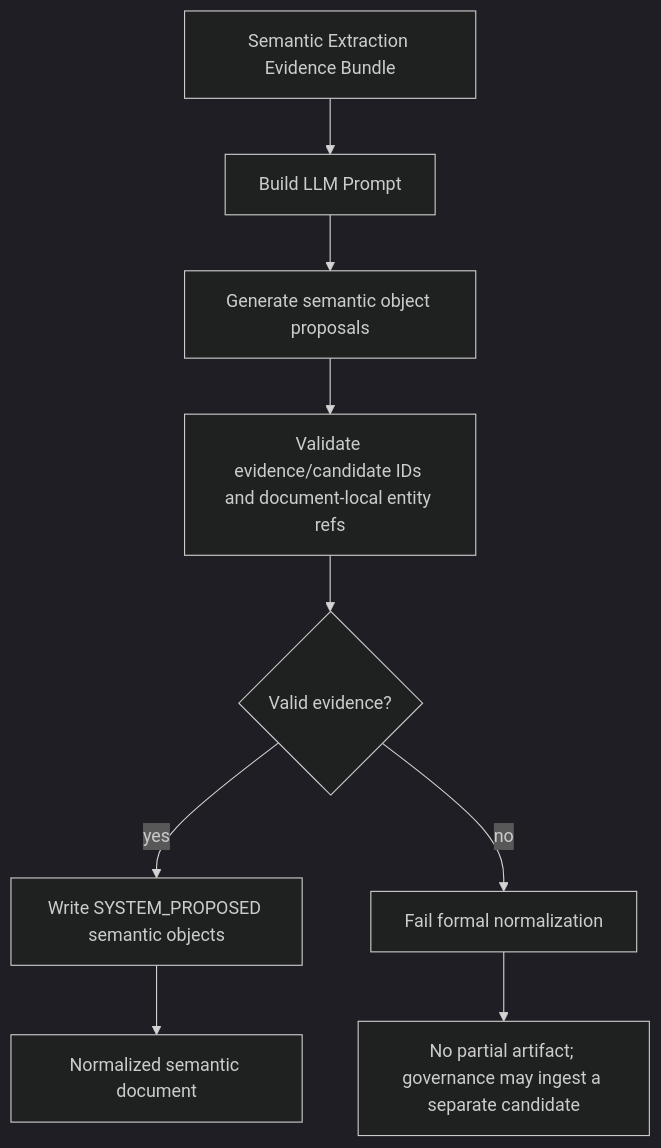
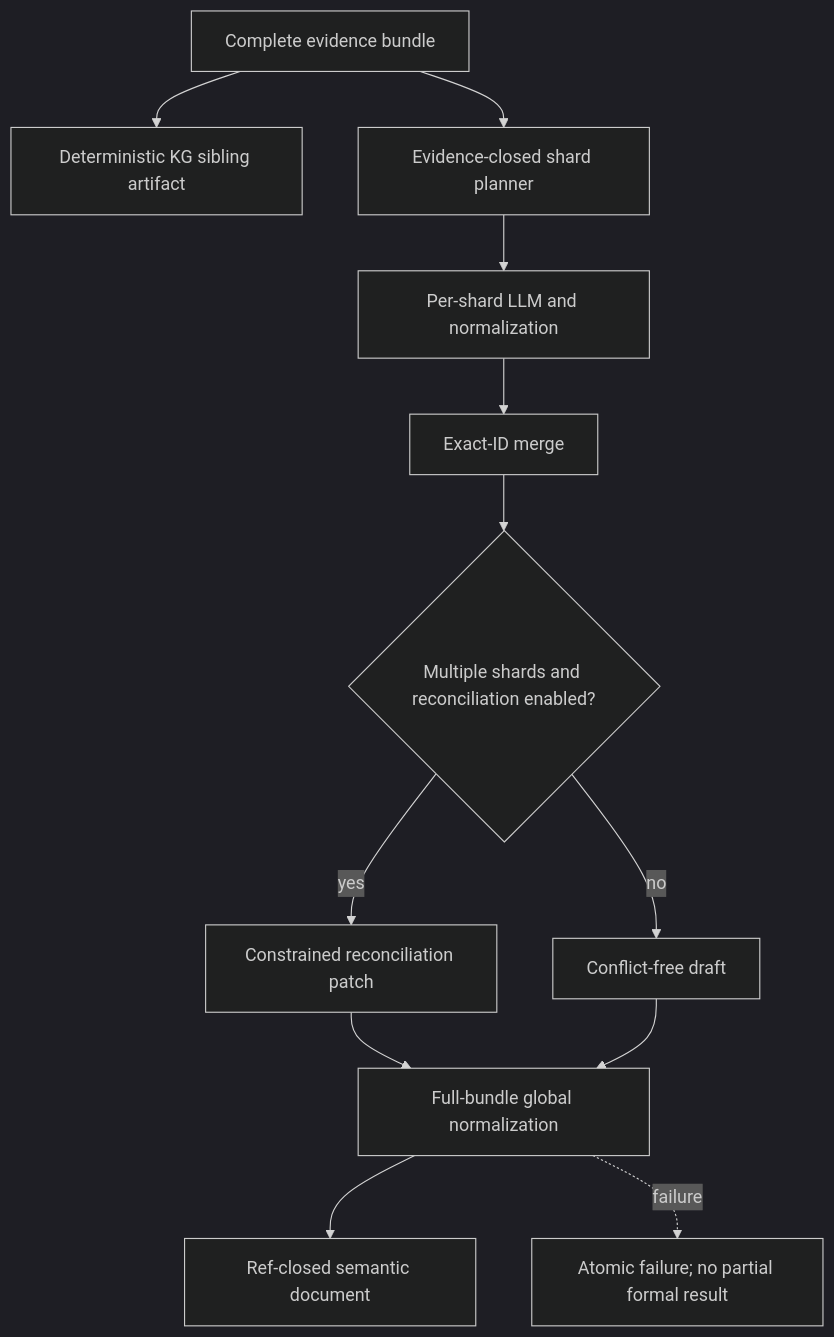
The second of 2 diagrams in docs/design/semantic-layer/03-llm-semantic-enricher.md (xiaoguang/relation-detector), drawn with Mermaid (dark theme) before and after one commit. The commit also changed other lines of this file and 69 other files, not shown here.

Commit message:
feat: add evidence-grounded semantic sharding

````diff
--- a/docs/design/semantic-layer/03-llm-semantic-enricher.md
+++ b/docs/design/semantic-layer/03-llm-semantic-enricher.md
@@ -288,11 +394,14 @@
 ```mermaid
 flowchart TD
-  A["Semantic Extraction Evidence Bundle"] --> B["Build LLM Prompt"]
-  B --> C["Generate semantic object proposals"]
-  C --> D["Validate evidence/candidate IDs and document-local entity refs"]
-  D --> E{"Valid evidence?"}
-  E -- "yes" --> F["Write SYSTEM_PROPOSED semantic objects"]
-  E -- "no" --> G["Fail formal normalization"]
-  F --> H["Normalized semantic document"]
-  G --> I["No partial artifact; governance may ingest a separate candidate"]
+  A["Complete evidence bundle"] --> B["Deterministic KG sibling artifact"]
+  A --> C["Evidence-closed shard planner"]
+  C --> D["Per-shard LLM and normalization"]
+  D --> E["Exact-ID merge"]
+  E --> F{"Multiple shards and reconciliation enabled?"}
+  F -- "yes" --> G["Constrained reconciliation patch"]
+  F -- "no" --> H["Conflict-free draft"]
+  G --> I["Full-bundle global normalization"]
+  H --> I
+  I --> J["Ref-closed semantic document"]
+  I -. "failure" .-> K["Atomic failure; no partial formal result"]
 ```
````
